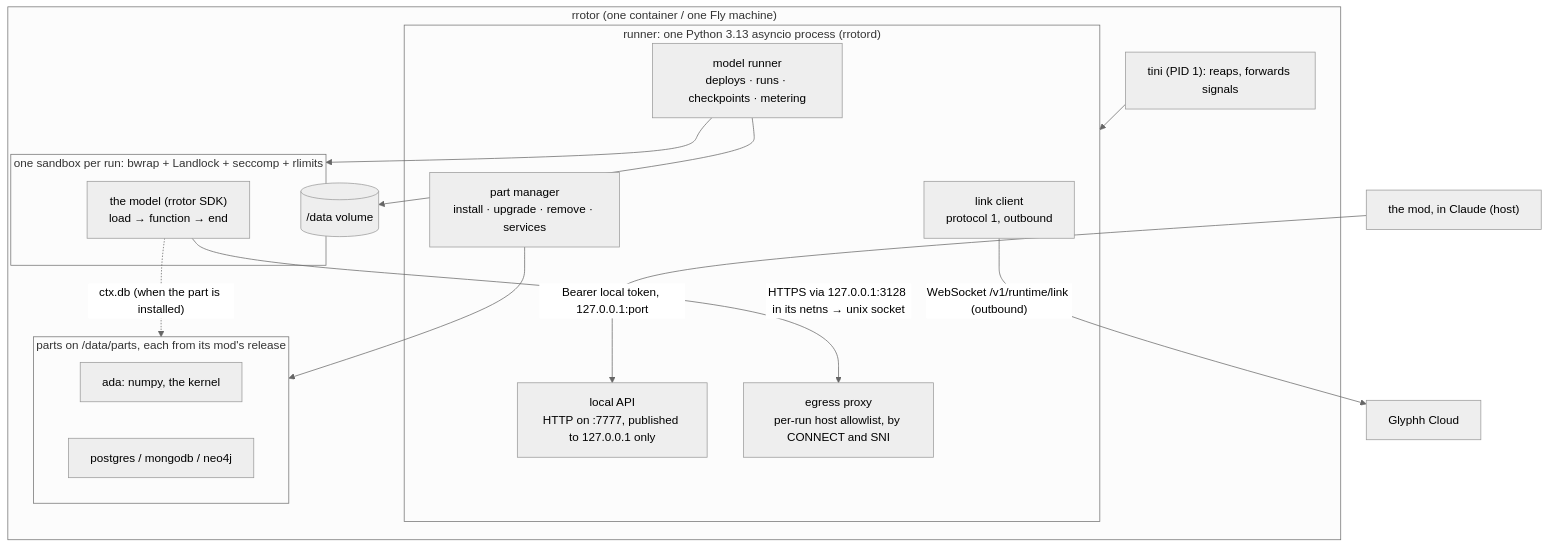
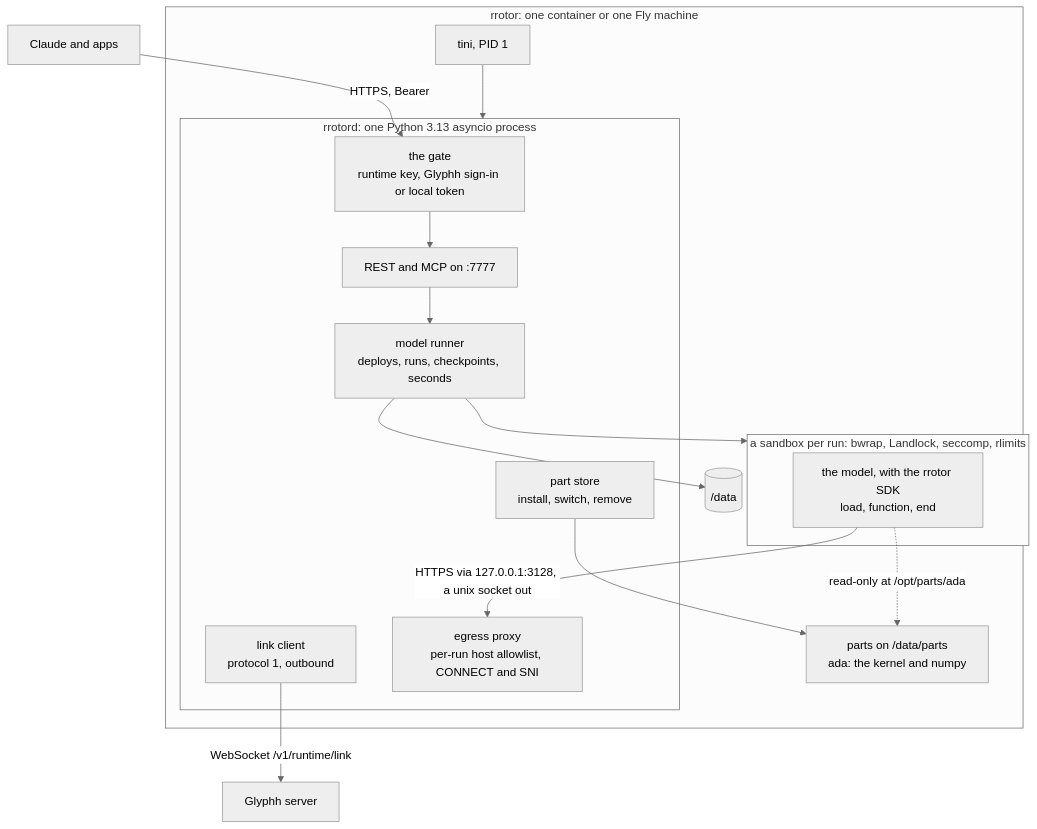
Before and after one commit to glyphh-ai/rrotor: the fourth of 5 diagrams in docs/architecture.md, drawn with Mermaid (neutral theme). The commit also changed other lines of this file and 17 other files, not shown here.

Commit message:
docs/architecture.md as rrotor works today: hosted and self-hosted runtimes reached as a connector, the Ada skill in the glyphh plugin, no mods; Not built yet in one place; diagrams redrawn

````diff
--- a/docs/architecture.md
+++ b/docs/architecture.md
@@ -460,31 +165,29 @@
 ```mermaid
 flowchart TB
-    subgraph R["rrotor (one container / one Fly machine)"]
-        Tini["tini (PID 1): reaps, forwards signals"]
-        subgraph Runner["runner: one Python 3.13 asyncio process (rrotord)"]
+    subgraph R["rrotor: one container or one Fly machine"]
+        Tini["tini, PID 1"]
+        subgraph D["rrotord: one Python 3.13 asyncio process"]
+            Gate["the gate<br/>runtime key, Glyphh sign-in or local token"]
+            API["REST and MCP on :7777"]
             Link["link client<br/>protocol 1, outbound"]
-            Local["local API<br/>HTTP on :7777, published to 127.0.0.1 only"]
-            Engine["model runner<br/>deploys · runs · checkpoints · metering"]
-            Proxy["egress proxy<br/>per-run host allowlist, by CONNECT and SNI"]
-            Parts["part manager<br/>install · upgrade · remove · services"]
+            Runner["model runner<br/>deploys, runs, checkpoints, seconds"]
+            Proxy["egress proxy<br/>per-run host allowlist, CONNECT and SNI"]
+            Parts["part store<br/>install, switch, remove"]
         end
-        subgraph Sandbox["one sandbox per run: bwrap + Landlock + seccomp + rlimits"]
-            Prog["the model (rrotor SDK)<br/>load → function → end"]
+        subgraph S["a sandbox per run: bwrap, Landlock, seccomp, rlimits"]
+            Model["the model, with the rrotor SDK<br/>load, function, end"]
         end
-        subgraph PartsBox["parts on /data/parts, each from its mod's release"]
-            PAda["ada: numpy, the kernel"]
-            PDB["postgres / mongodb / neo4j"]
-        end
-        Data[("/data volume")]
-        Tini --> Runner
-        Engine --> Sandbox
-        Parts --> PartsBox
-        Prog -- "HTTPS via 127.0.0.1:3128 in its netns → unix socket" --> Proxy
-        Prog -. "ctx.db (when the part is installed)" .-> PartsBox
-        Engine --> Data
+        Ada["parts on /data/parts<br/>ada: the kernel and numpy"]
+        Data[("/data")]
+        Tini --> D
+        Gate --> API
+        API --> Runner
+        Runner --> S
+        Parts --> Ada
+        Model -- "HTTPS via 127.0.0.1:3128, a unix socket out" --> Proxy
+        Model -. "read-only at /opt/parts/ada" .-> Ada
+        Runner --> Data
     end
-    Mod["the mod, in Claude (host)"]
-    Cloud["Glyphh Cloud"]
-    Link -- "WebSocket /v1/runtime/link (outbound)" --> Cloud
-    Mod -- "Bearer local token, 127.0.0.1:port" --> Local
+    Callers["Claude and apps"] -- "HTTPS, Bearer" --> Gate
+    Link -- "WebSocket /v1/runtime/link" --> Server["Glyphh server"]
 ```
````
